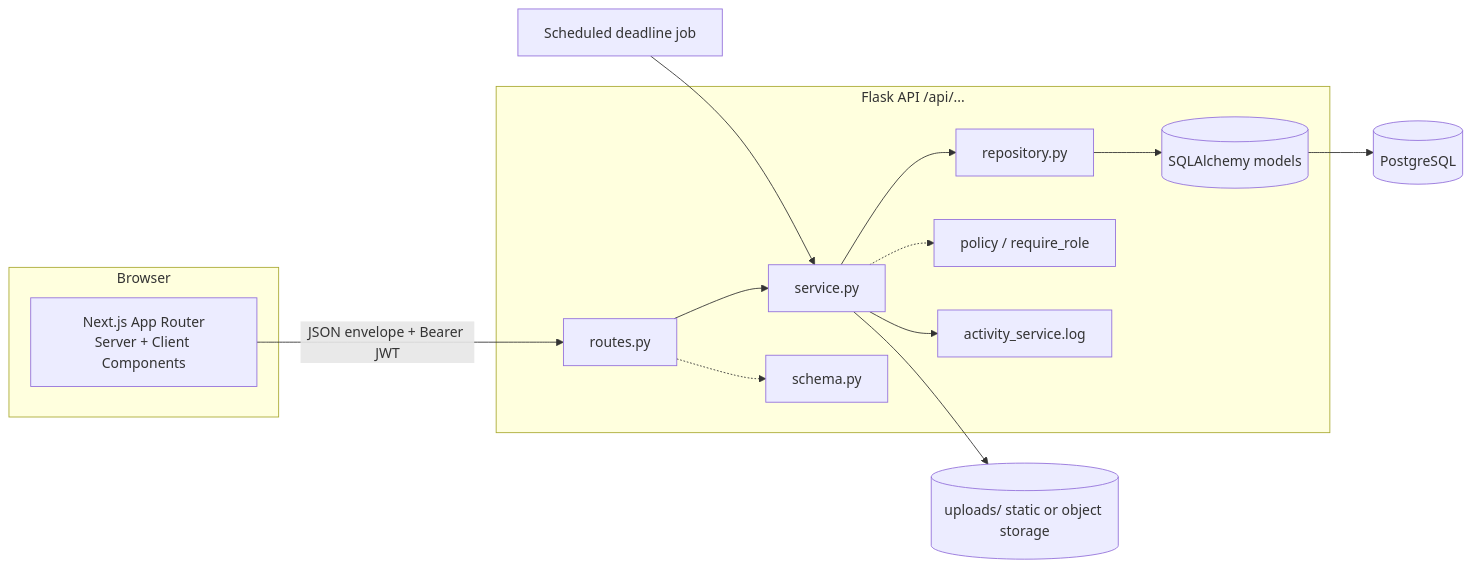
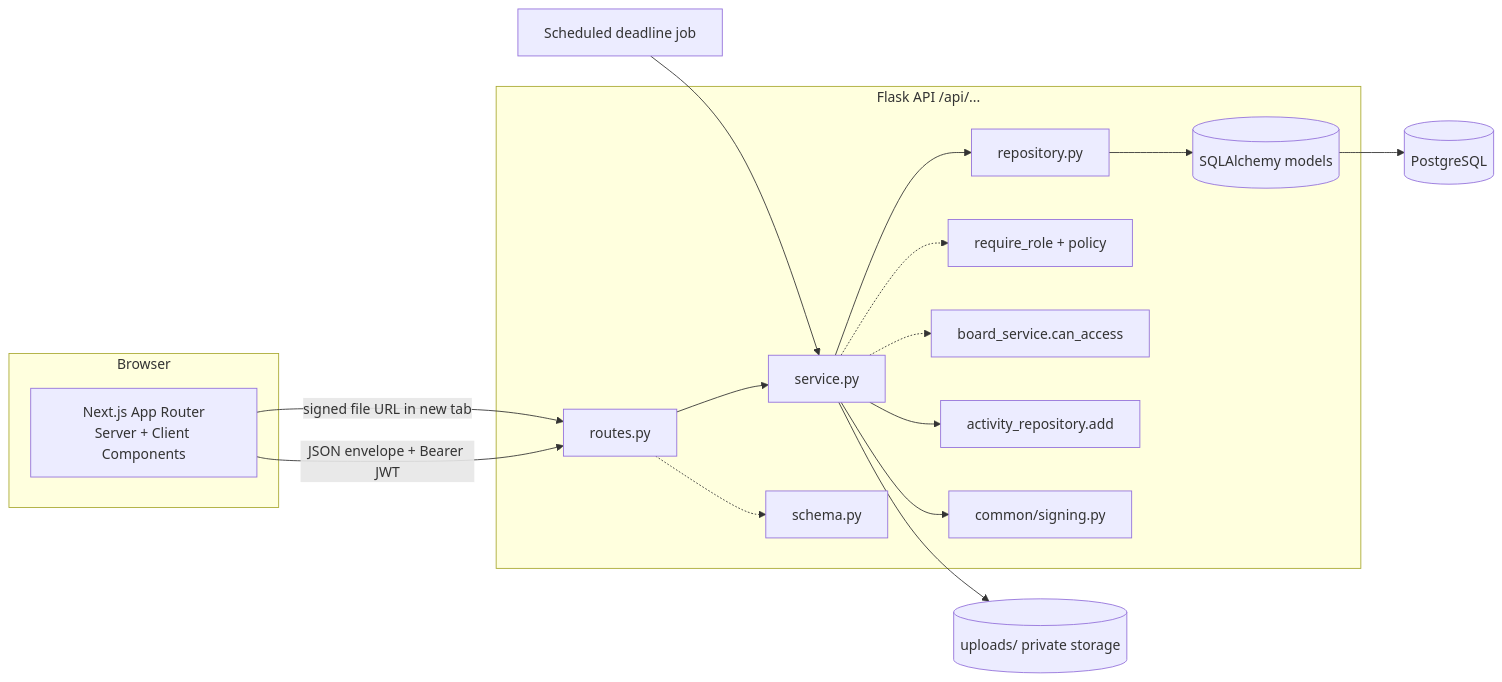
One commit to MuhammadIsmailHasan/module-4-MuhammadIsmailHasan changed the first of 3 diagrams in .kiro/specs/design.md. Above: the diagram before and after it, drawn with Mermaid. The commit also changed other lines of this file and 41 other files, not shown here.

````diff
--- a/.kiro/specs/design.md
+++ b/.kiro/specs/design.md
@@ -38,19 +39,22 @@
 ```mermaid
 flowchart LR
   subgraph Browser
     FE[Next.js App Router<br/>Server + Client Components]
   end
   subgraph API[Flask API /api/...]
     R[routes.py] --> S[service.py] --> P[repository.py] --> M[(SQLAlchemy models)]
     R -.-> SC[schema.py]
-    S -.-> AUTHZ[policy / require_role]
-    S --> ACT[activity_service.log]
+    S -.-> AUTHZ[require_role + policy]
+    S -.-> ACCESS[board_service.can_access]
+    S --> ACT[activity_repository.add]
+    S --> SIGN[common/signing.py]
   end
   DB[(PostgreSQL)]
-  FS[(uploads/ static or object storage)]
+  FS[(uploads/ private storage)]
   JOB[Scheduled deadline job]
   FE -- JSON envelope + Bearer JWT --> R
+  FE -- signed file URL in new tab --> R
   M --> DB
   S --> FS
   JOB --> S
 ```
````
